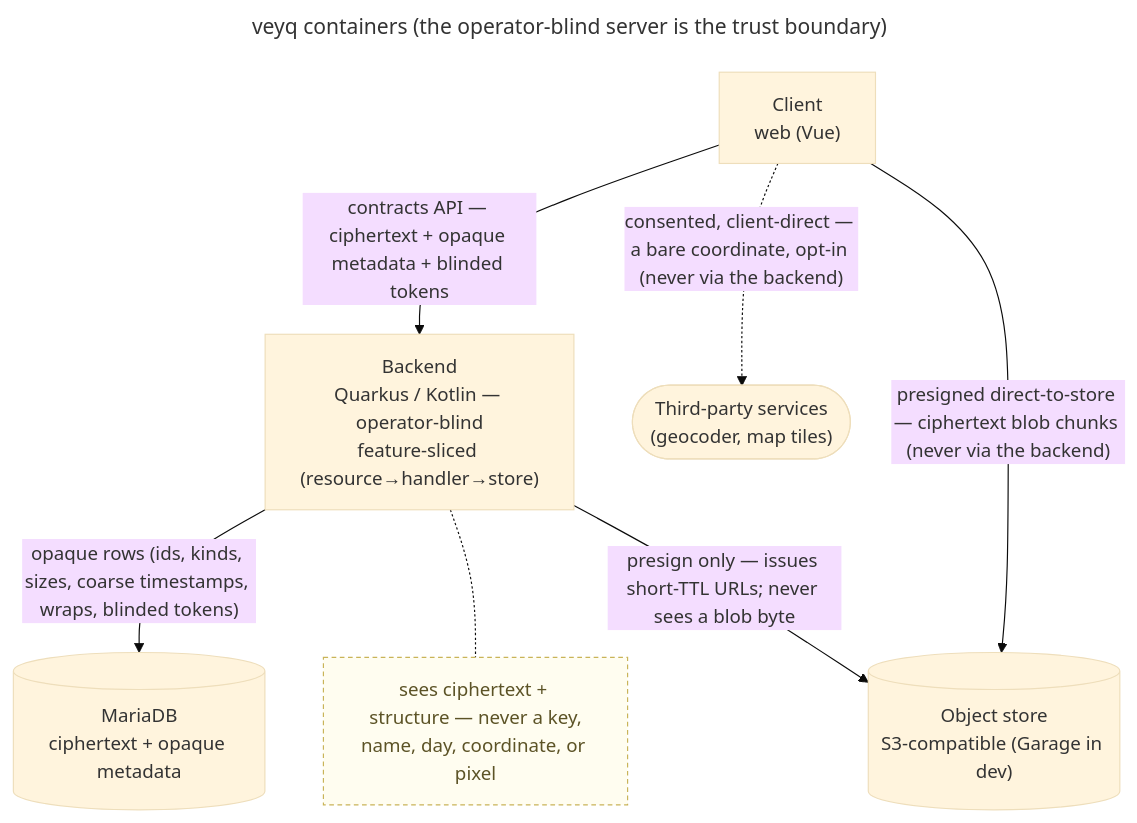
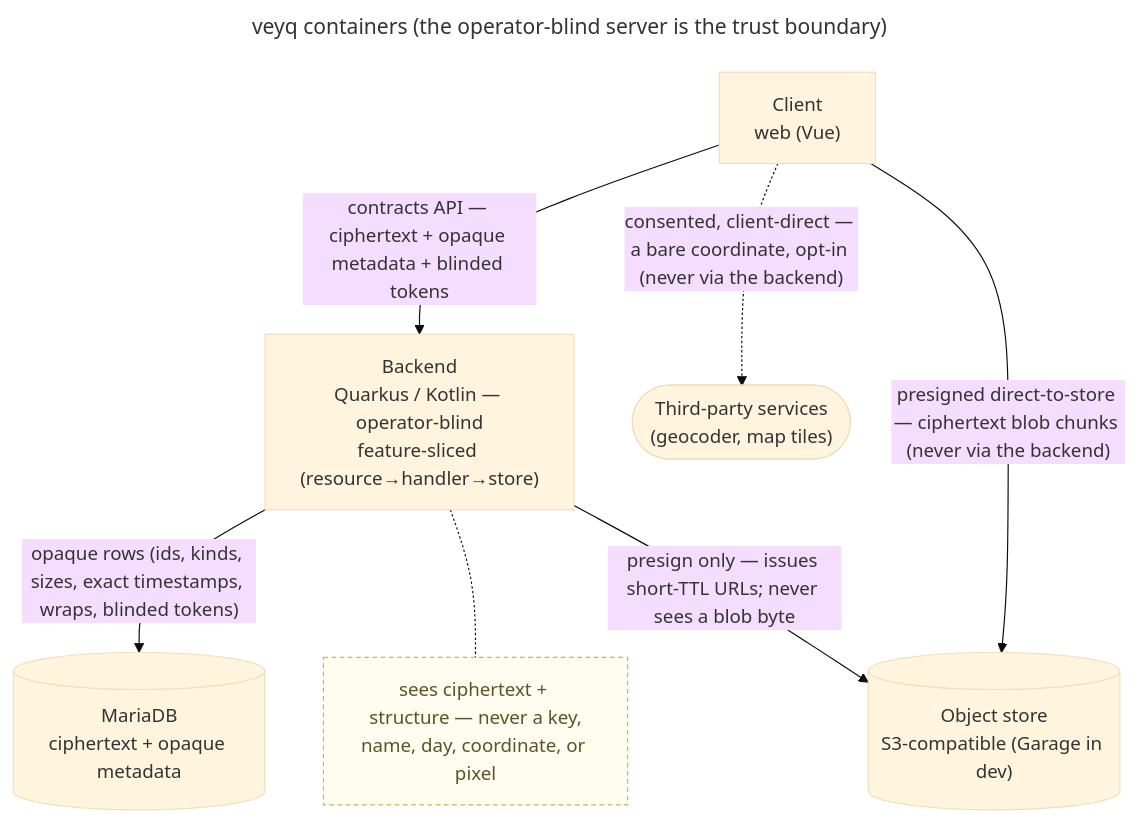
One commit to raddatzk/veyq changed the first of 3 diagrams in docs/architecture/README.md. Above: the diagram before and after it, drawn with Mermaid (base theme). The commit also changed other lines of this file and 28 other files, not shown here.

First line of the commit message:
docs: say what precision the server keeps, not "coarse timestamps" (#291)

````diff
--- a/docs/architecture/README.md
+++ b/docs/architecture/README.md
@@ -63,22 +63,22 @@
 ```mermaid
 ---
 title: veyq containers (the operator-blind server is the trust boundary)
 ---
 flowchart TB
   C["Client<br>web (Vue)"]
   B["Backend<br>Quarkus / Kotlin — operator-blind<br>feature-sliced (resource→handler→store)"]
   NB["sees ciphertext + structure — never a key,<br>name, day, coordinate, or pixel"]
   DB[("MariaDB<br>ciphertext + opaque metadata")]
   S[("Object store<br>S3-compatible (Garage in dev)")]
   T(["Third-party services<br>(geocoder, map tiles)"])
 
   C -->|"contracts API — ciphertext + opaque metadata + blinded tokens"| B
   C -->|"presigned direct-to-store — ciphertext blob chunks (never via the backend)"| S
   C -.->|"consented, client-direct — a bare coordinate, opt-in (never via the backend)"| T
-  B -->|"opaque rows (ids, kinds, sizes, coarse timestamps, wraps, blinded tokens)"| DB
+  B -->|"opaque rows (ids, kinds, sizes, exact timestamps, wraps, blinded tokens)"| DB
   B -->|"presign only — issues short-TTL URLs; never sees a blob byte"| S
   B -.- NB
 
   classDef note fill:#fffdf0,stroke:#c9b458,stroke-dasharray:4 3,color:#5c5326
   class NB note
 ```
````
